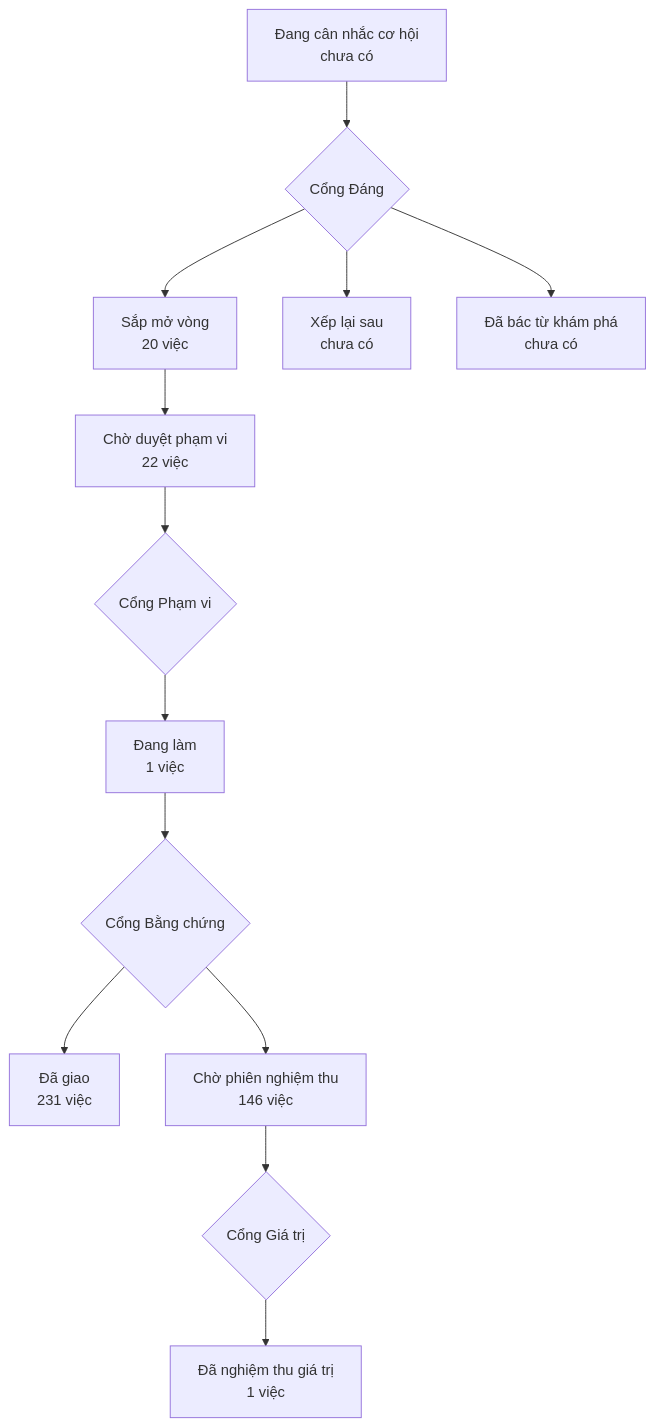
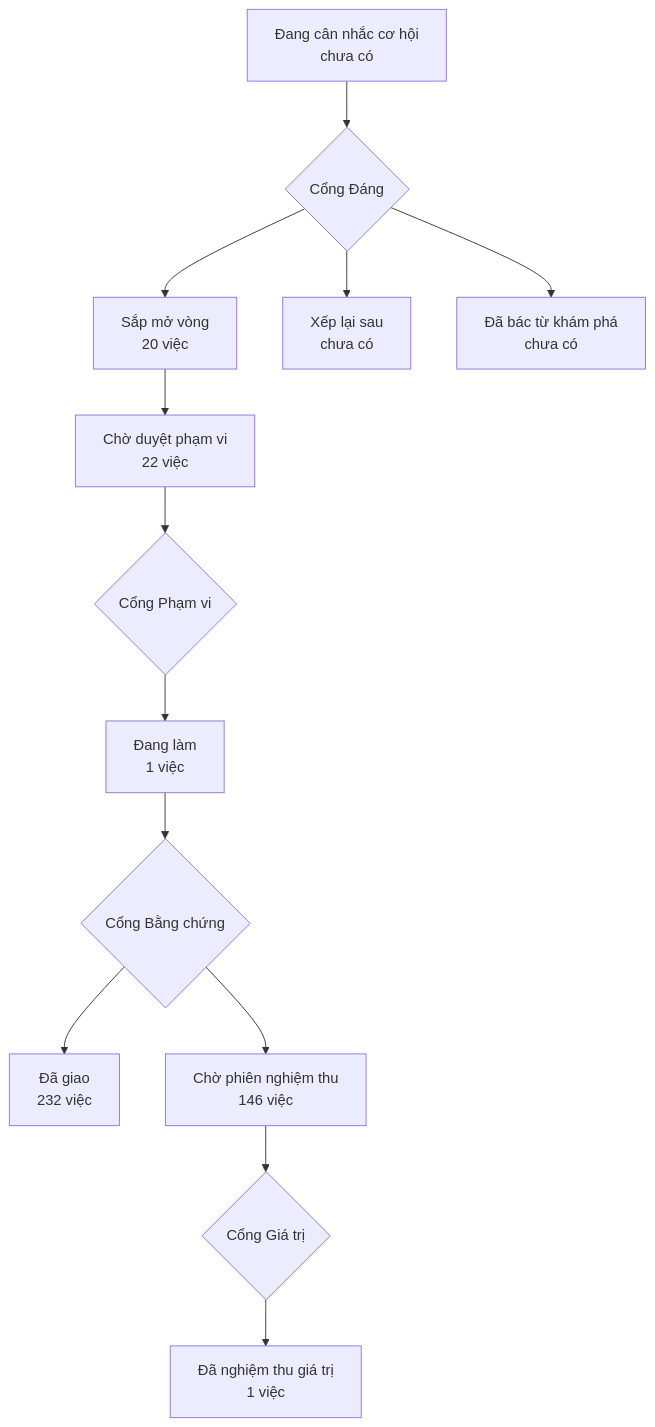
The diagram in PRODUCT-MAP.md (phanlemanh/onehub-invest), drawn with Mermaid before and after one commit. The commit also changed other lines of this file and 1 other file, not shown here.

Commit message:
chore(acceptance): HT33 sinh lại PRODUCT-MAP, LO-TRINH sau khi gộp main ca231cd1f

````diff
--- a/PRODUCT-MAP.md
+++ b/PRODUCT-MAP.md
@@ -7,12 +7,12 @@
 ```mermaid
 flowchart TD
   A["Đang cân nhắc cơ hội<br/>chưa có"] --> GD{"Cổng Đáng"}
   GD --> B["Sắp mở vòng<br/>20 việc"]
   GD --> XL["Xếp lại sau<br/>chưa có"]
   GD --> DB["Đã bác từ khám phá<br/>chưa có"]
   B --> CD["Chờ duyệt phạm vi<br/>22 việc"] --> GP{"Cổng Phạm vi"}
   GP --> DL["Đang làm<br/>1 việc"] --> GB{"Cổng Bằng chứng"}
-  GB --> DG["Đã giao<br/>231 việc"]
+  GB --> DG["Đã giao<br/>232 việc"]
   GB --> CN["Chờ phiên nghiệm thu<br/>146 việc"] --> GG{"Cổng Giá trị"}
   GG --> NT["Đã nghiệm thu giá trị<br/>1 việc"]
 ```
````
